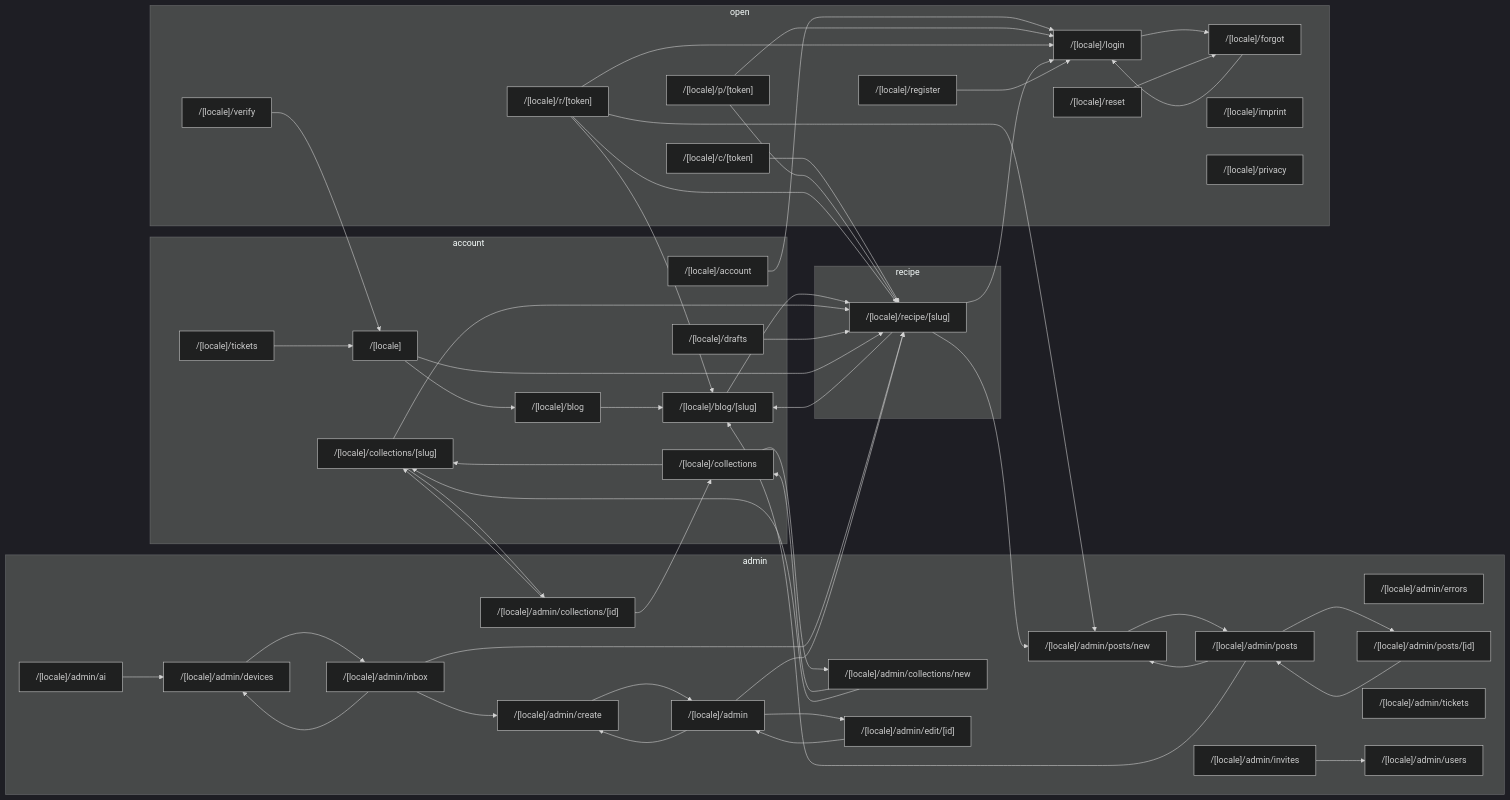
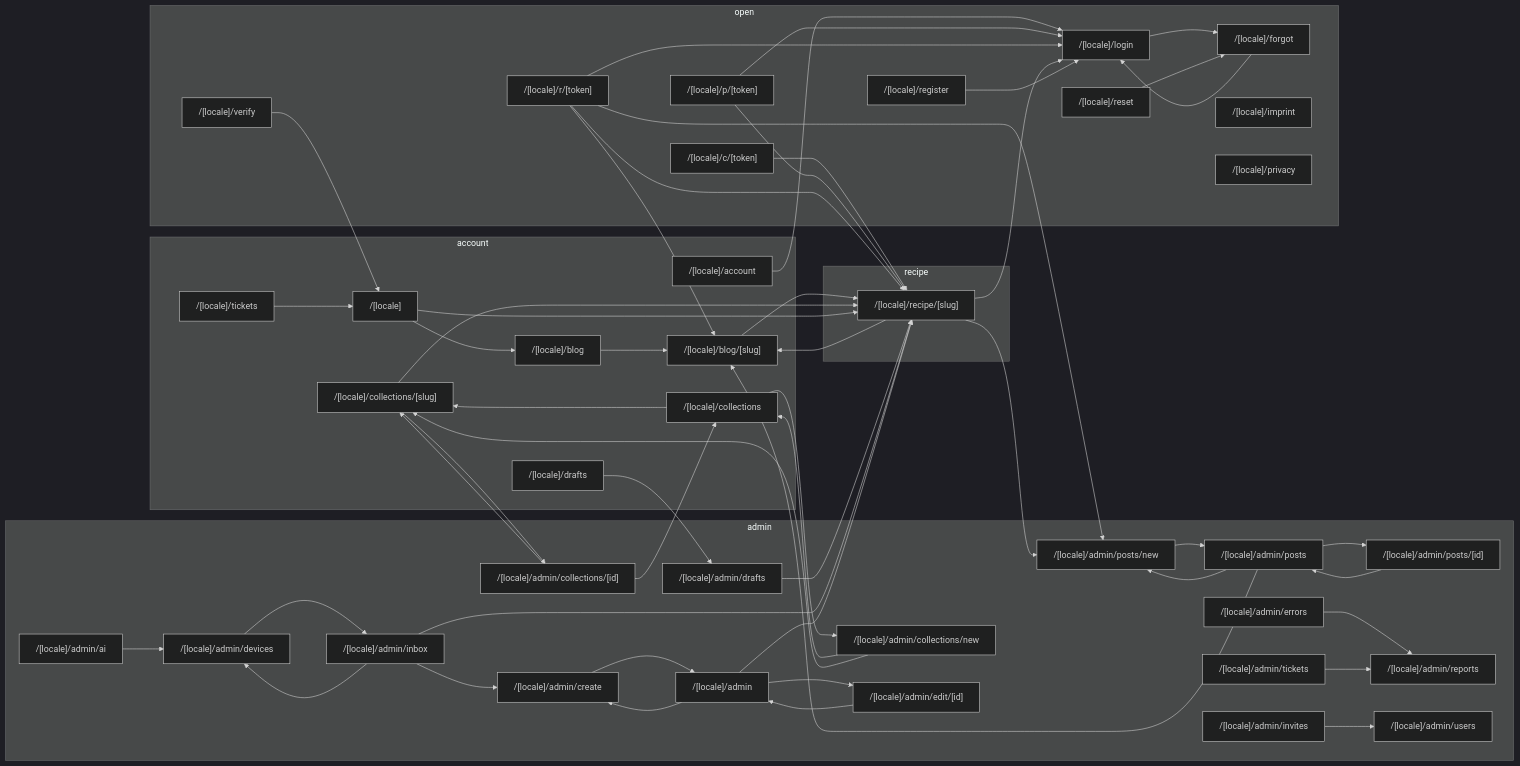
The first of 2 diagrams in docs/interaction-map.generated.md (morischumacher/moscookbook), drawn with Mermaid (dark theme) before and after one commit. The commit also changed other lines of this file and 17 other files, not shown here.

```diff
--- a/docs/interaction-map.generated.md
+++ b/docs/interaction-map.generated.md
@@ -157,6 +155,7 @@
     n__locale__admin_collections_new["/[locale]/admin/collections/new"]
     n__locale__admin_create["/[locale]/admin/create"]
     n__locale__admin_devices["/[locale]/admin/devices"]
+    n__locale__admin_drafts["/[locale]/admin/drafts"]
     n__locale__admin_edit__id_["/[locale]/admin/edit/[id]"]
     n__locale__admin_errors["/[locale]/admin/errors"]
     n__locale__admin_inbox["/[locale]/admin/inbox"]
@@ -165,6 +164,7 @@
     n__locale__admin_posts__id_["/[locale]/admin/posts/[id]"]
     n__locale__admin_posts_new["/[locale]/admin/posts/new"]
     n__locale__admin_posts["/[locale]/admin/posts"]
+    n__locale__admin_reports["/[locale]/admin/reports"]
     n__locale__admin_tickets["/[locale]/admin/tickets"]
     n__locale__admin_users["/[locale]/admin/users"]
   end
@@ -191,7 +191,9 @@
   n__locale__admin_collections_new --> n__locale__collections__slug_
   n__locale__admin_create --> n__locale__admin
   n__locale__admin_devices --> n__locale__admin_inbox
+  n__locale__admin_drafts --> n__locale__recipe__slug_
   n__locale__admin_edit__id_ --> n__locale__admin
+  n__locale__admin_errors --> n__locale__admin_reports
   n__locale__admin_inbox --> n__locale__admin_create
   n__locale__admin_inbox --> n__locale__admin_devices
   n__locale__admin_inbox --> n__locale__recipe__slug_
@@ -204,6 +206,7 @@
   n__locale__admin_posts --> n__locale__admin_posts__id_
   n__locale__admin_posts --> n__locale__admin_posts_new
   n__locale__admin_posts --> n__locale__blog__slug_
+  n__locale__admin_tickets --> n__locale__admin_reports
   n__locale__blog__slug_ --> n__locale__recipe__slug_
   n__locale__blog --> n__locale__blog__slug_
   n__locale__c__token_ --> n__locale__recipe__slug_
@@ -211,7 +214,7 @@
   n__locale__collections__slug_ --> n__locale__recipe__slug_
   n__locale__collections --> n__locale__admin_collections_new
   n__locale__collections --> n__locale__collections__slug_
-  n__locale__drafts --> n__locale__recipe__slug_
+  n__locale__drafts --> n__locale__admin_drafts
   n__locale__forgot --> n__locale__login
   n__locale__login --> n__locale__forgot
   n__locale__p__token_ --> n__locale__login
```
